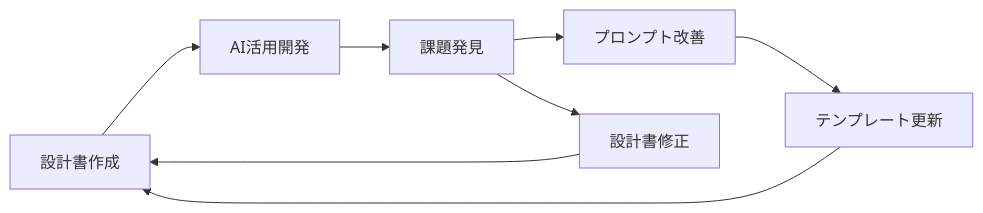
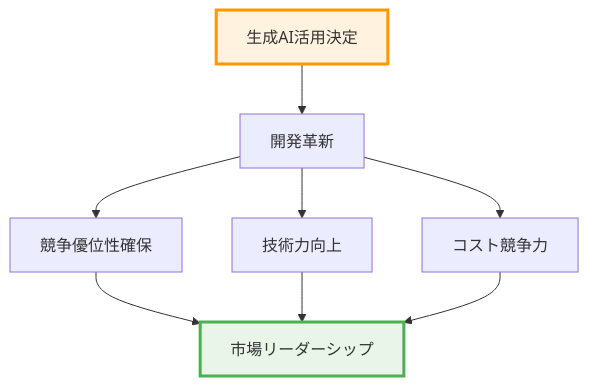
The eighth of 8 diagrams in database-design-approach.md (shiota-yotaro/hibiki-pj-sample-design), drawn with Mermaid before and after one commit. The commit also changed other lines of this file, not shown here.

````diff
--- a/database-design-approach.md
+++ b/database-design-approach.md
@@ -238,11 +334,14 @@
 ```mermaid
-flowchart LR
-    A[設計書作成] --> B[AI活用開発]
-    B --> C[課題発見]
-    C --> D[プロンプト改善]
-    D --> E[テンプレート更新]
-    E --> A
+graph TB
+    A[生成AI活用決定] --> B[開発革新]
+    B --> C[競争優位性確保]
+    B --> D[技術力向上]
+    B --> E[コスト競争力]
     
-    C --> F[設計書修正]
-    F --> A
+    C --> F[市場リーダーシップ]
+    D --> F
+    E --> F
+    
+    style A fill:#fff3e0,stroke:#ff9800,stroke-width:3px
+    style F fill:#e8f5e8,stroke:#4caf50,stroke-width:3px
 ```
````
